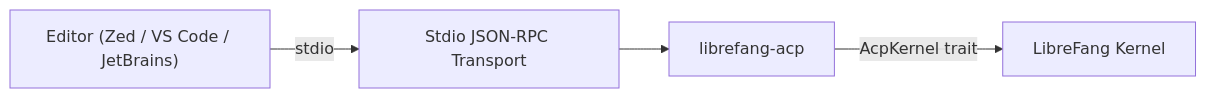
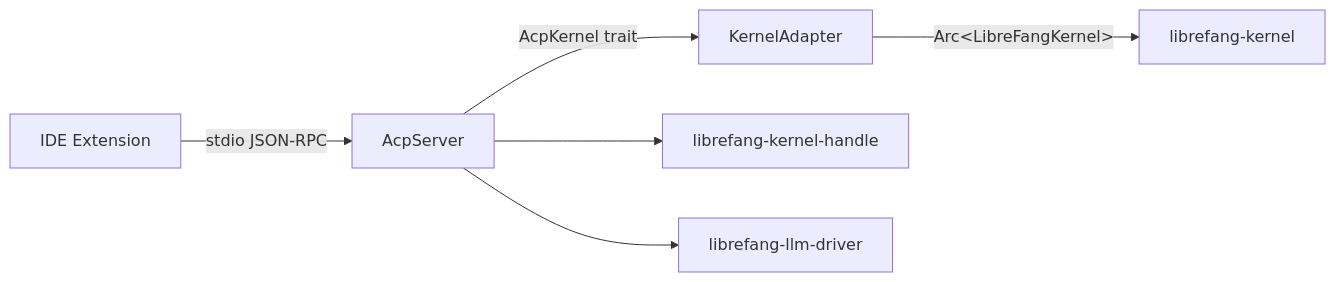
Before and after one commit to leszek3737/librefang-WIki: the diagram in other-librefang-acp.md, drawn with Mermaid. The commit also changed other lines of this file and 126 other files, not shown here.

````diff
--- a/other-librefang-acp.md
+++ b/other-librefang-acp.md
@@ -13,11 +13,8 @@
 ```mermaid
 graph LR
-    Editor["Editor (Zed / VS Code / JetBrains)"]
-    Transport["Stdio JSON-RPC Transport"]
-    ACP["librefang-acp"]
-    Kernel["LibreFang Kernel"]
-
-    Editor -->|stdio| Transport
-    Transport --> ACP
-    ACP -->|AcpKernel trait| Kernel
+    IDE[IDE Extension] -->|stdio JSON-RPC| ACP[AcpServer]
+    ACP -->|AcpKernel trait| KA[KernelAdapter]
+    KA -->|Arc&lt;LibreFangKernel&gt;| Kernel[librefang-kernel]
+    ACP --> HD[librefang-kernel-handle]
+    ACP --> LLMD[librefang-llm-driver]
 ```
````
